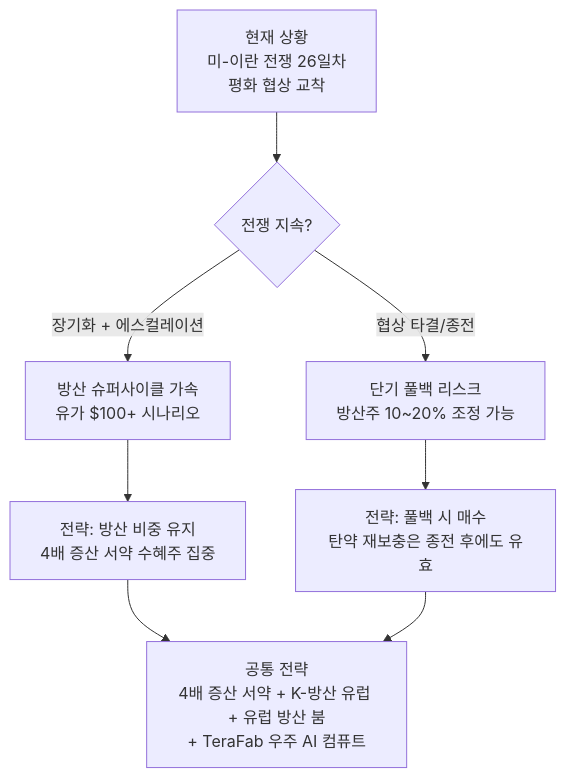
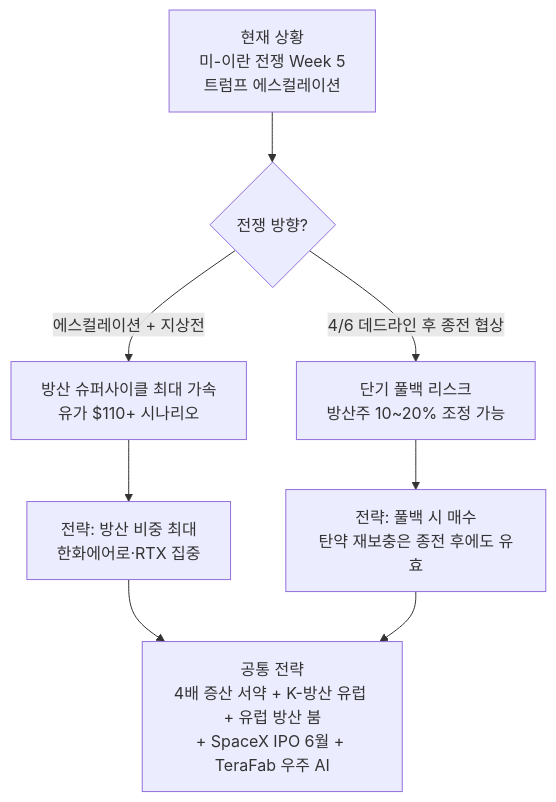
The seventh of 7 diagrams in _posts/knowledge/invest/2026-02-28-defense-space-sector-outlook-2026.md (dss99911/dss99911.github.io), drawn with Mermaid before and after one commit. The commit also changed other lines of this file and 5 other files, not shown here.

Commit message:
투자 데일리 트랙킹 4/3: TurboQuant 충격, 트럼프 에스컬레이션, 테슬라 Q1 miss

````diff
--- a/_posts/knowledge/invest/2026-02-28-defense-space-sector-outlook-2026.md
+++ b/_posts/knowledge/invest/2026-02-28-defense-space-sector-outlook-2026.md
@@ -400,13 +413,13 @@
 ```mermaid
 graph TD
-    A["현재 상황<br/>미-이란 전쟁 26일차<br/>평화 협상 교착"] --> B{"전쟁 지속?"}
+    A["현재 상황<br/>미-이란 전쟁 Week 5<br/>트럼프 에스컬레이션"] --> B{"전쟁 방향?"}
 
-    B -->|"장기화 + 에스컬레이션"| C["방산 슈퍼사이클 가속<br/>유가 $100+ 시나리오"]
-    B -->|"협상 타결/종전"| D["단기 풀백 리스크<br/>방산주 10~20% 조정 가능"]
+    B -->|"에스컬레이션 + 지상전"| C["방산 슈퍼사이클 최대 가속<br/>유가 $110+ 시나리오"]
+    B -->|"4/6 데드라인 후 종전 협상"| D["단기 풀백 리스크<br/>방산주 10~20% 조정 가능"]
 
-    C --> E["전략&colon; 방산 비중 유지<br/>4배 증산 서약 수혜주 집중"]
+    C --> E["전략&colon; 방산 비중 최대<br/>한화에어로·RTX 집중"]
     D --> F["전략&colon; 풀백 시 매수<br/>탄약 재보충은 종전 후에도 유효"]
 
-    E --> G["공통 전략<br/>4배 증산 서약 + K-방산 유럽 + 유럽 방산 붐<br/>+ TeraFab 우주 AI 컴퓨트"]
+    E --> G["공통 전략<br/>4배 증산 서약 + K-방산 유럽 + 유럽 방산 붐<br/>+ SpaceX IPO 6월 + TeraFab 우주 AI"]
     F --> G
 ```
````
